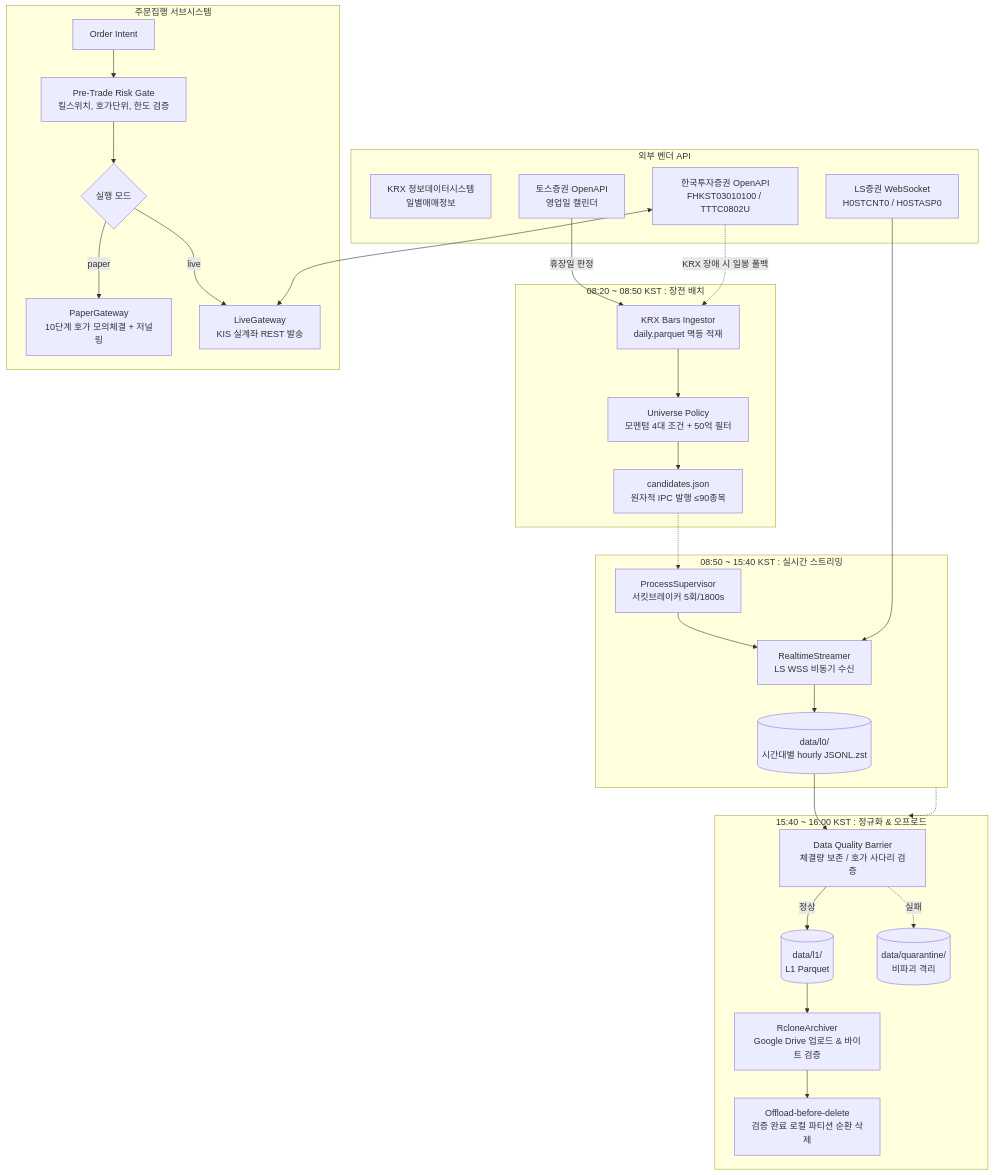
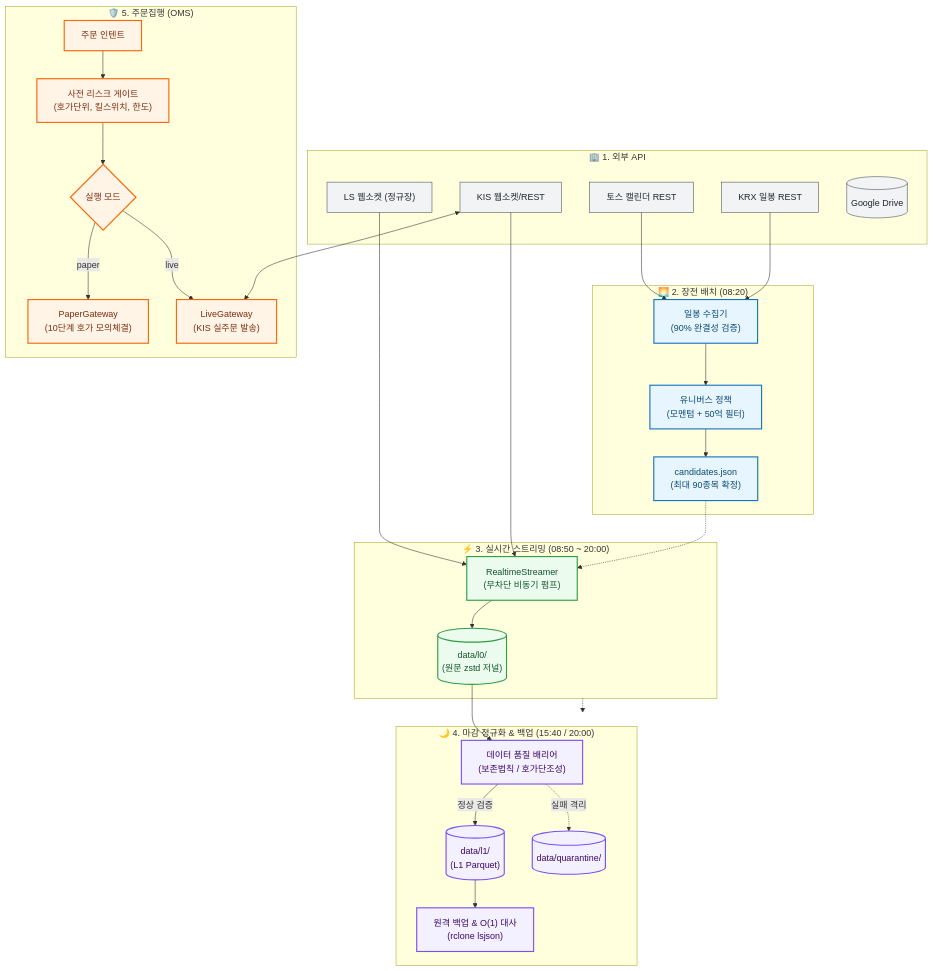
One commit to KTHYEONG/krx-alpha changed the diagram in README.md. Above: the diagram before and after it, drawn with Mermaid. The commit also changed other lines of this file and 10 other files, not shown here.

````diff
--- a/README.md
+++ b/README.md
@@ -41,41 +51,47 @@
 ```mermaid
 flowchart TD
-    subgraph Vendors [외부 벤더 API]
-        KRX[KRX 정보데이터시스템<br/>일별매매정보]
-        TOSS[토스증권 OpenAPI<br/>영업일 캘린더]
-        LS[LS증권 WebSocket<br/>H0STCNT0 / H0STASP0]
-        KIS[한국투자증권 OpenAPI<br/>FHKST03010100 / TTTC0802U]
+    classDef vendor fill:#f1f3f5,stroke:#495057,stroke-width:1px,color:#212529;
+    classDef premarket fill:#e7f5ff,stroke:#1971c2,stroke-width:2px,color:#0c4a6e;
+    classDef intraday fill:#ebfbee,stroke:#2f9e44,stroke-width:2px,color:#14532d;
+    classDef eod fill:#f3f0ff,stroke:#7950f2,stroke-width:2px,color:#3b0764;
+    classDef exec fill:#fff4e6,stroke:#f76707,stroke-width:2px,color:#7c2d12;
+
+    subgraph Vendors ["🏢 1. 외부 API"]
+        KRX["KRX 일봉 REST"]:::vendor
+        TOSS["토스 캘린더 REST"]:::vendor
+        LS["LS 웹소켓 (정규장)"]:::vendor
+        KIS["KIS 웹소켓/REST"]:::vendor
+        GDRIVE[("Google Drive")]:::vendor
     end
 
-    subgraph PreMarket [08:20 ~ 08:50 KST : 장전 배치]
-        TOSS -->|휴장일 판정| BarRefresh[KRX Bars Ingestor<br/>daily.parquet 멱등 적재]
-        KIS -.->|KRX 장애 시 일봉 폴백| BarRefresh
-        BarRefresh --> UniversePlan[Universe Policy<br/>모멘텀 4대 조건 + 50억 필터]
-        UniversePlan --> CandIPC[candidates.json<br/>원자적 IPC 발행 ≤90종목]
+    subgraph PreMarket ["🌅 2. 장전 배치 (08:20)"]
+        TOSS --> BarRefresh["일봉 수집기<br/>(90% 완결성 검증)"]:::premarket
+        KRX --> BarRefresh
+        BarRefresh --> UniversePlan["유니버스 정책<br/>(모멘텀 + 50억 필터)"]:::premarket
+        UniversePlan --> CandIPC["candidates.json<br/>(최대 90종목 확정)"]:::premarket
     end
 
-    subgraph MarketHours [08:50 ~ 15:40 KST : 실시간 스트리밍]
-        Supervisor[ProcessSupervisor<br/>서킷브레이커 5회/1800s] --> StreamerLoop[RealtimeStreamer<br/>LS WSS 비동기 수신]
-        LS --> StreamerLoop
-        StreamerLoop --> L0Journal[(data/l0/<br/>시간대별 hourly JSONL.zst)]
+    subgraph MarketHours ["⚡ 3. 실시간 스트리밍 (08:50 ~ 20:00)"]
+        StreamerLoop["RealtimeStreamer<br/>(무차단 비동기 펌프)"]:::intraday
+        LS & KIS --> StreamerLoop
+        StreamerLoop --> L0Journal[("data/l0/<br/>(원문 zstd 저널)")]:::intraday
     end
 
-    subgraph EOD [15:40 ~ 16:00 KST : 정규화 & 오프로드]
-        L0Journal --> DQBarrier[Data Quality Barrier<br/>체결량 보존 / 호가 사다리 검증]
-        DQBarrier -->|정상| L1Parquet[(data/l1/<br/>L1 Parquet)]
-        DQBarrier -.->|실패| Quarantine[(data/quarantine/<br/>비파괴 격리)]
-        L1Parquet --> RcloneSync[RcloneArchiver<br/>Google Drive 업로드 & 바이트 검증]
-        RcloneSync --> PruneEngine[Offload-before-delete<br/>검증 완료 로컬 파티션 순환 삭제]
+    subgraph EOD ["🌙 4. 마감 정규화 & 백업 (15:40 / 20:00)"]
+        L0Journal --> DQBarrier["데이터 품질 배리어<br/>(보존법칙 / 호가단조성)"]:::eod
+        DQBarrier -->|정상 검증| L1Parquet[("data/l1/<br/>(L1 Parquet)")]:::eod
+        DQBarrier -.->|실패 격리| Quarantine[("data/quarantine/")]:::eod
+        L1Parquet --> RcloneSync["원격 백업 & O(1) 대사<br/>(rclone lsjson)"]:::eod
     end
 
-    subgraph Execution [주문집행 서브시스템]
-        OrderIntent[Order Intent] --> RiskGate[Pre-Trade Risk Gate<br/>킬스위치, 호가단위, 한도 검증]
-        RiskGate --> GateSplit{실행 모드}
-        GateSplit -->|paper| PaperGate[PaperGateway<br/>10단계 호가 모의체결 + 저널링]
-        GateSplit -->|live| LiveGate[LiveGateway<br/>KIS 실계좌 REST 발송]
+    subgraph Execution ["🛡️ 5. 주문집행 (OMS)"]
+        OrderIntent["주문 인텐트"]:::exec --> RiskGate["사전 리스크 게이트<br/>(호가단위, 킬스위치, 한도)"]:::exec
+        RiskGate --> GateSplit{"실행 모드"}:::exec
+        GateSplit -->|paper| PaperGate["PaperGateway<br/>(10단계 호가 모의체결)"]:::exec
+        GateSplit -->|live| LiveGate["LiveGateway<br/>(KIS 실주문 발송)"]:::exec
         KIS <--> LiveGate
     end
 
-    CandIPC -.-> Supervisor
+    CandIPC -.-> StreamerLoop
     MarketHours -.-> EOD
 ```
````
